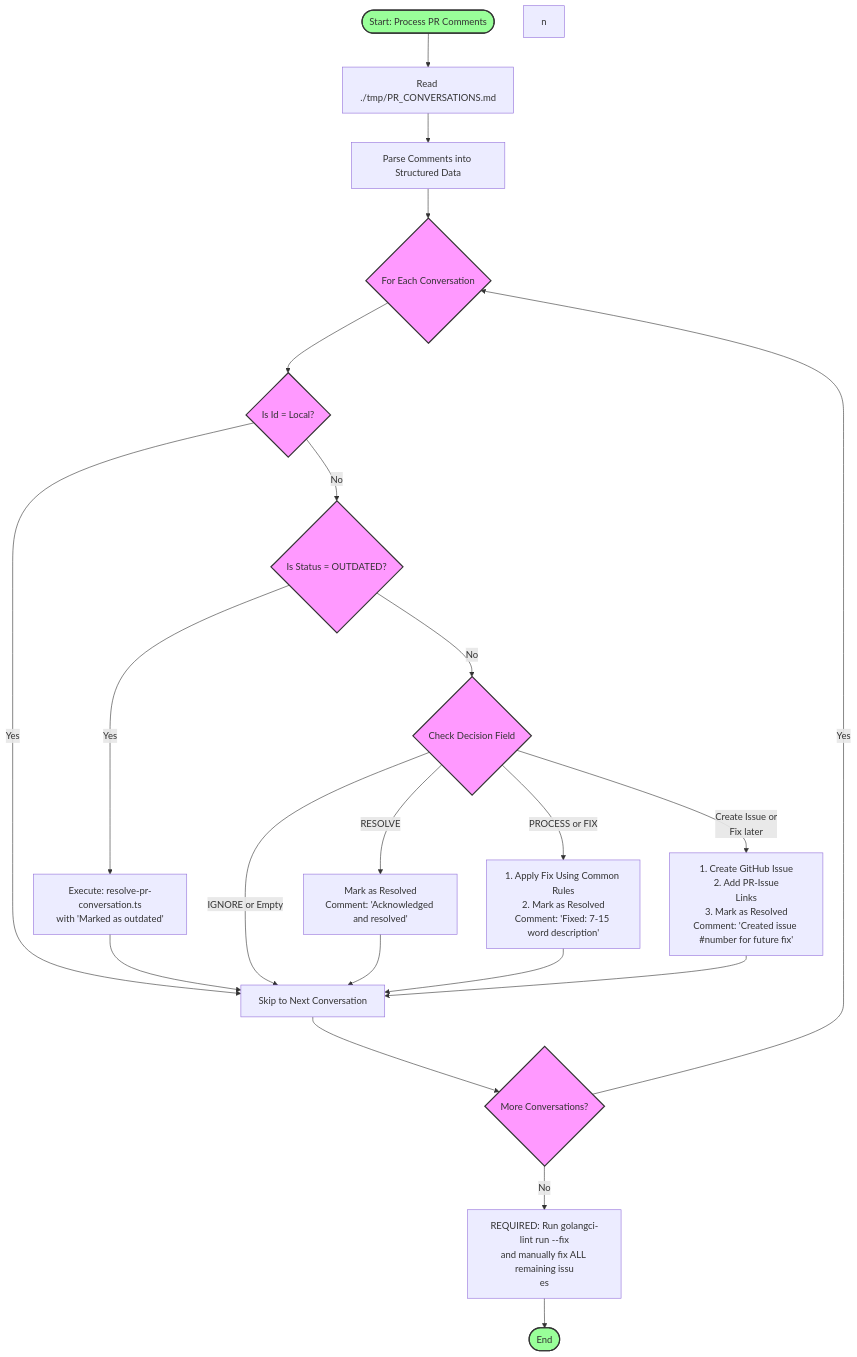
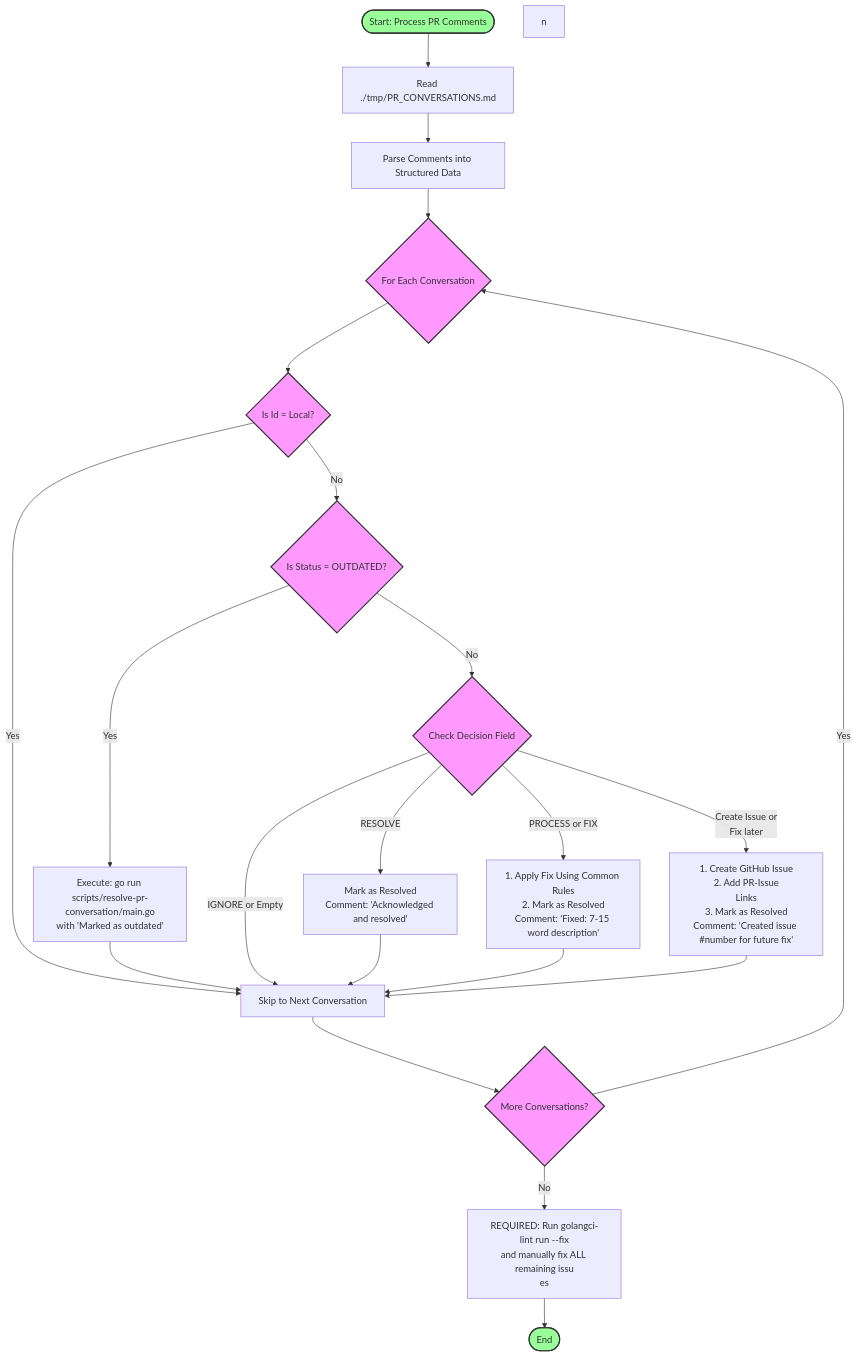
One commit to ondatra-ai/awesome-claude-mcp changed the first of 2 diagrams in .claude/commands/conversation-process.mdc. Above: the diagram before and after it, drawn with Mermaid. The commit also changed other lines of this file and 10 other files, not shown here.

````diff
--- a/.claude/commands/conversation-process.mdc
+++ b/.claude/commands/conversation-process.mdc
@@ -53,46 +53,46 @@
 ```mermaid
 flowchart TD
     Start([Start: Process PR Comments]) --> ReadFile[Read ./tmp/PR_CONVERSATIONS.md]
     ReadFile --> ParseComments[Parse Comments into Structured Data]
     ParseComments --> StartLoop{For Each Conversation}
 
     StartLoop --> CheckId{Is Id = Local?}
     CheckId -->|Yes| NextConv[Skip to Next Conversation]
     CheckId -->|No| CheckStatus{Is Status = OUTDATED?}
 
-    CheckStatus -->|Yes| ResolveOutdated[Execute: resolve-pr-conversation.ts<br/>with 'Marked as outdated']
+    CheckStatus -->|Yes| ResolveOutdated[Execute: go run scripts/resolve-pr-conversation/main.go<br/>with 'Marked as outdated']
     ResolveOutdated --> NextConv
 
     CheckStatus -->|No| CheckDecision{Check Decision Field}
 
     CheckDecision -->|IGNORE or Empty| NextConv
     CheckDecision -->|RESOLVE| ResolveOnly[Mark as Resolved<br/>Comment: 'Acknowledged and resolved']
     CheckDecision -->|PROCESS or FIX| ProcessFix[1. Apply Fix Using Common Rules<br/>2. Mark as Resolved<br/
 >Comment: 'Fixed: 7-15 word description']
 
     CheckDecision -->|Create Issue or<br/>Fix later| CreateIssue[1. Create GitHub Issue<br/>2. Add PR-Issue
 Links<br/>3. Mark as Resolved<br/>Comment: 'Created issue #number for future fix']
 
 
     ResolveOnly --> NextConv
     ProcessFix --> NextConv
     CreateIssue --> NextConv
 
     NextConv --> MoreConv{More Conversations?}
     MoreConv -->|Yes| StartLoop
     MoreConv -->|No| RunLinter[REQUIRED: Run golangci-lint run --fix<br/>and manually fix ALL remaining issu
 es]
 
     RunLinter --> End([End])
 
     %% Styling
     classDef decision fill:#f9f,stroke:#333,stroke-width:2px
     classDef action fill:#bbf,stroke:#333,stroke-width:2px
     classDef terminal fill:#9f9,stroke:#333,stroke-width:2px
 
     class CheckId,CheckStatus,CheckDecision,StartLoop,MoreConv decision
     class ReadFile,ParseComments,ResolveOutdated,ResolveOnly,ProcessFix,CreateIssue,NextConv,RunLinter actio
 n
 
     class Start,End terminal
 ```
````
